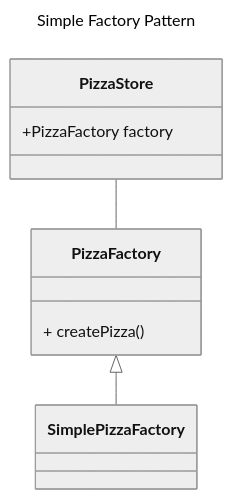
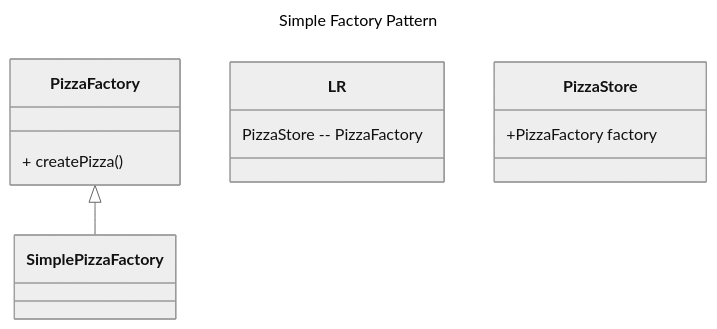
One commit to sovan92/LowLevelDesignDocuments changed the diagram in FactoryPattern.md. Above: the diagram before and after it, drawn with Mermaid (neutral theme).

````diff
--- a/FactoryPattern.md
+++ b/FactoryPattern.md
@@ -5,18 +5,18 @@
 ```mermaid
 ---
 title: Simple Factory Pattern
 ---
 classDiagram
     PizzaFactory<|--SimplePizzaFactory
-    PizzaStore -- PizzaFactory
+    LR: PizzaStore -- PizzaFactory
     class PizzaStore {
         +PizzaFactory factory
     }
     class PizzaFactory {
         + createPizza()
     }
     
     class SimplePizzaFactory{
 
     }
 ```
````
